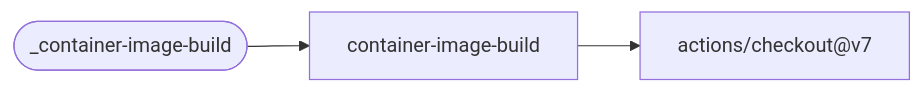
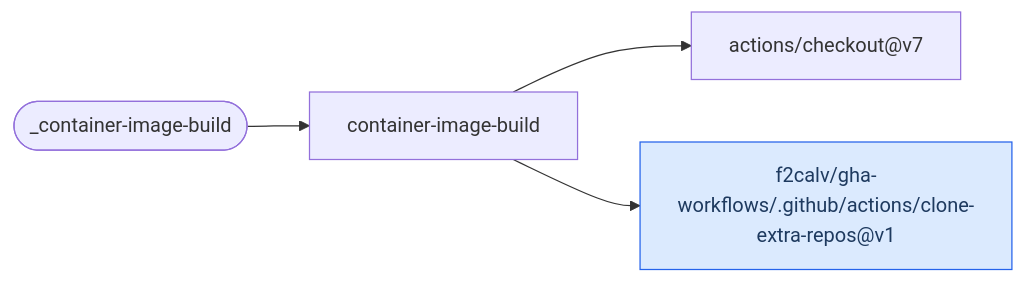
One commit to f2calv/gha-workflows changed the ninth of 16 diagrams in README.md. Above: the diagram before and after it, drawn with Mermaid. The commit also changed other lines of this file and 4 other files, not shown here.

First line of the commit message:
refactor(workflows): clone extra repositories through the shared action

````diff
--- a/README.md
+++ b/README.md
@@ -327,6 +331,8 @@
 ```mermaid
 flowchart LR
     classDef f2calv fill:#dbeafe,stroke:#2563eb,color:#1e3a5f
     W(["_container-image-build"]) --> J["container-image-build"]
     J --> A1["actions/checkout@v7"]
+    J --> A2["f2calv/gha-workflows/.github/actions/clone-extra-repos@v1"]
+    class A2 f2calv
 ```
````
